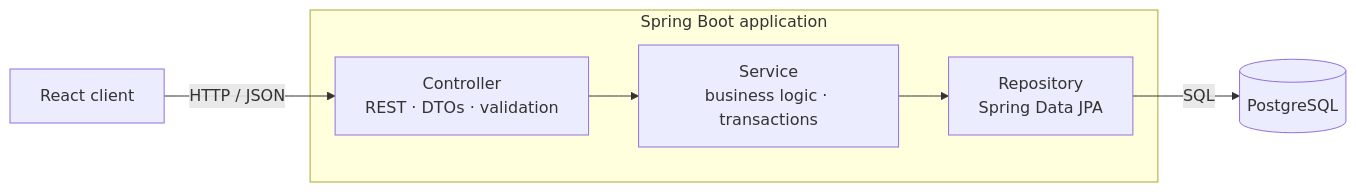
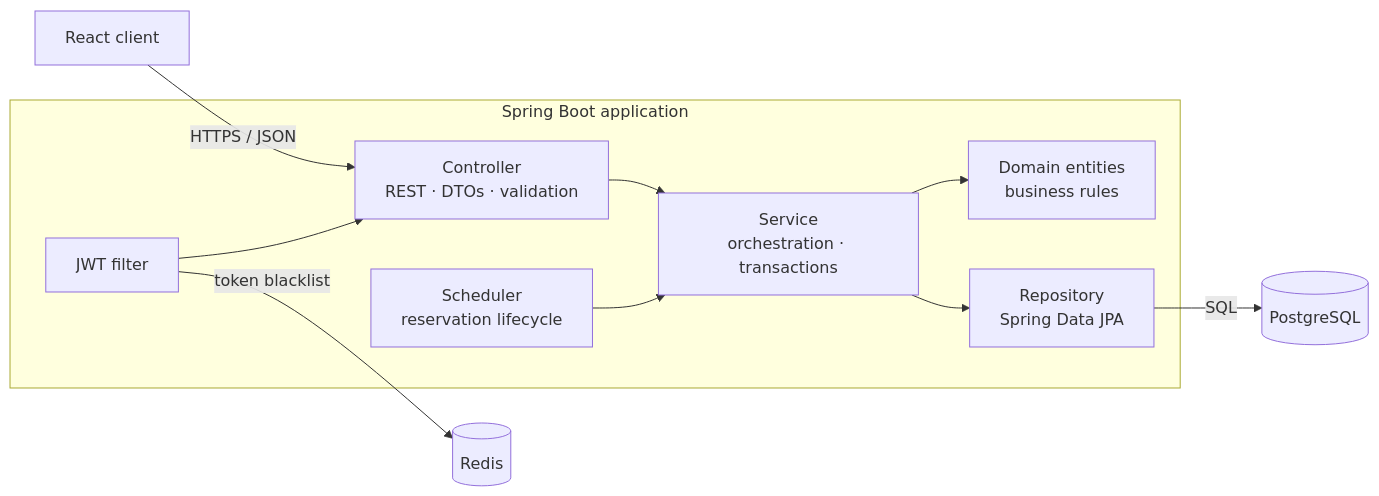
Before and after one commit to jakub-jurkian/velocity-api: the diagram in README.md, drawn with Mermaid. The commit also changed other lines of this file and 4 other files, not shown here.

````diff
--- a/README.md
+++ b/README.md
@@ -37,11 +50,17 @@
 ```mermaid
 flowchart LR
-    Client["React client"] -->|HTTP / JSON| Controller
+    Client["React client"] -->|HTTPS / JSON| Controller
     subgraph API["Spring Boot application"]
+        Filter["JWT filter"]
         Controller["Controller<br/>REST · DTOs · validation"]
-        Service["Service<br/>business logic · transactions"]
+        Service["Service<br/>orchestration · transactions"]
+        Domain["Domain entities<br/>business rules"]
         Repository["Repository<br/>Spring Data JPA"]
-        Controller --> Service --> Repository
+        Scheduler["Scheduler<br/>reservation lifecycle"]
+        Filter --> Controller --> Service --> Domain
+        Service --> Repository
+        Scheduler --> Service
     end
+    Filter -->|token blacklist| Redis[("Redis")]
     Repository -->|SQL| DB[("PostgreSQL")]
 ```
````
